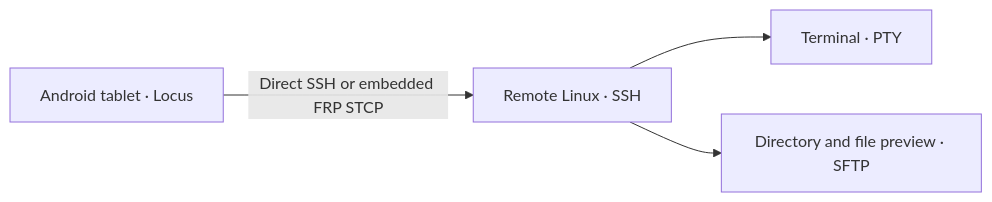
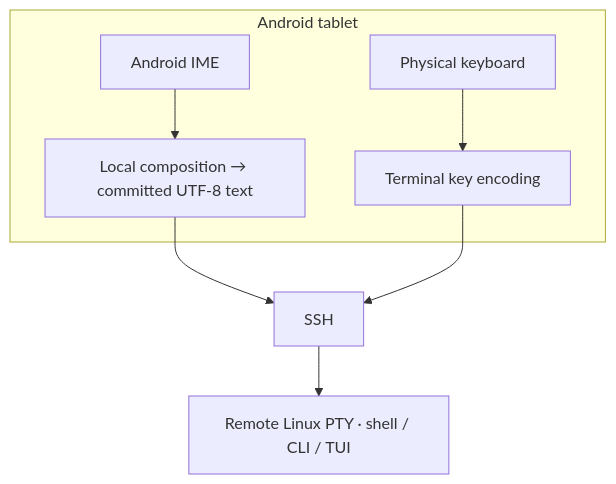
One commit to Dqz00116/Locus changed the diagram in README.md. Above: the diagram before and after it, drawn with Mermaid. The commit also changed other lines of this file and 3 other files, not shown here.

````diff
--- a/README.md
+++ b/README.md
@@ -22,6 +67,10 @@
 ```mermaid
-flowchart LR
-    A["Android tablet · Locus"] -->|"Direct SSH or embedded FRP STCP"| B["Remote Linux · SSH"]
-    B --> C["Terminal · PTY"]
-    B --> D["Directory and file preview · SFTP"]
+flowchart TD
+  subgraph Tablet["Android tablet"]
+    IME["Android IME"] --> Text["Local composition → committed UTF-8 text"]
+    Keyboard["Physical keyboard"] --> Keys["Terminal key encoding"]
+  end
+  Text --> SSH["SSH"]
+  Keys --> SSH
+  SSH --> PTY["Remote Linux PTY · shell / CLI / TUI"]
 ```
````
